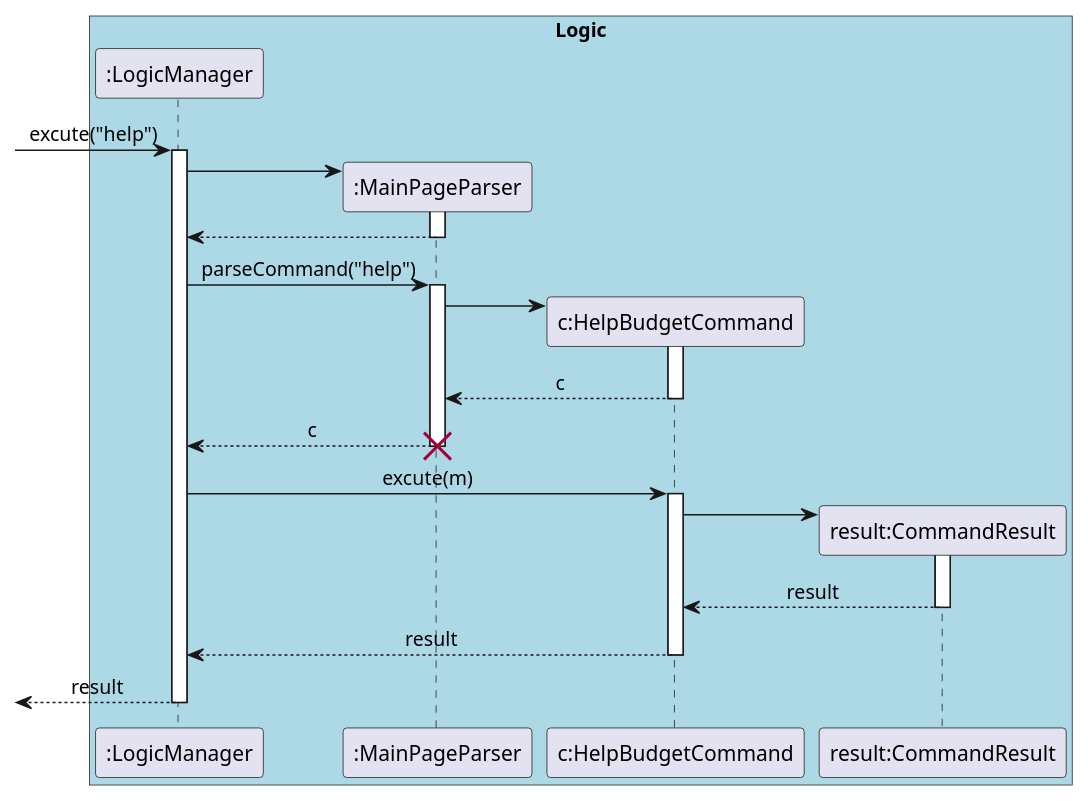
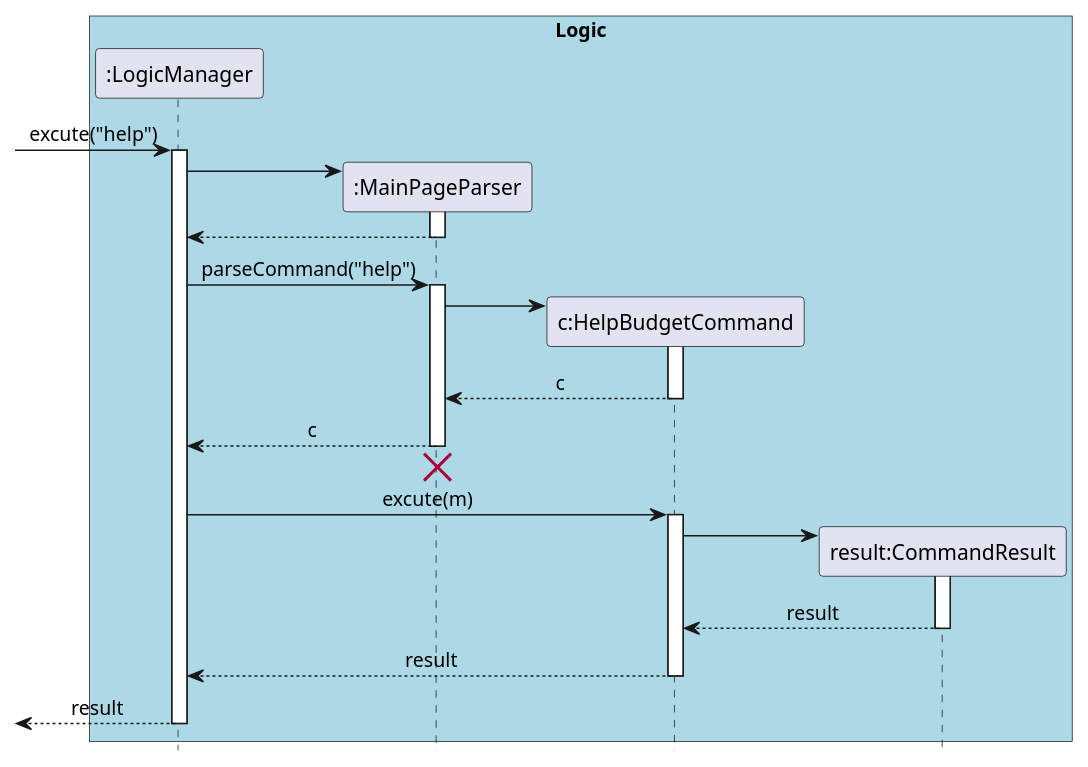
One commit to yu-ming-chen/tp changed the diagram in docs/diagrams/commandsPlantUML/HelpCommand.puml. Above: the diagram before and after it, drawn with PlantUML. The commit also changed 6 other files, not shown here.

Commit message:
Fix ug diagram and add PPP

```diff
--- a/docs/diagrams/commandsPlantUML/HelpCommand.puml
+++ b/docs/diagrams/commandsPlantUML/HelpCommand.puml
@@ -1,47 +1,49 @@
 @startuml
 skinparam Sequence {
     MessageAlign center
 }
+hide footbox
 box "Logic" #LightBlue
 participant ":LogicManager" as LM
 participant ":MainPageParser" as MPP
 participant "c:HelpBudgetCommand" as HBC
 participant "result:CommandResult" as CR
 end box
 
 [-> LM : excute("help")
 activate LM
 create MPP
 LM -> MPP
 activate MPP
 LM <-- MPP
 deactivate MPP
 LM -> MPP : parseCommand("help")
 activate MPP
 
 create HBC
 MPP -> HBC
 activate HBC
 MPP <-- HBC : c
 deactivate HBC
 
 LM <-- MPP : c
 deactivate MPP
+LM <-[hidden]- MPP
 destroy MPP
 
 
 LM -> HBC: excute(m)
 activate HBC
 
 create CR
 HBC -> CR
 activate CR
 HBC <-- CR : result
 deactivate CR
 
 LM <-- HBC: result
 deactivate HBC
 [<-- LM: result
 deactivate LM
 
 @enduml
```
